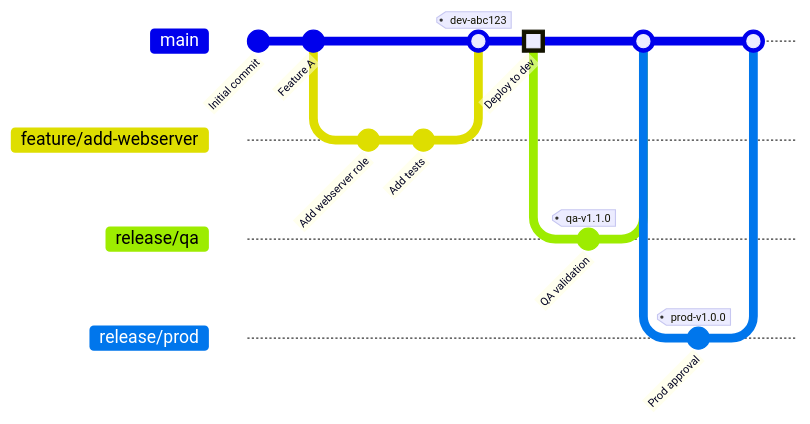
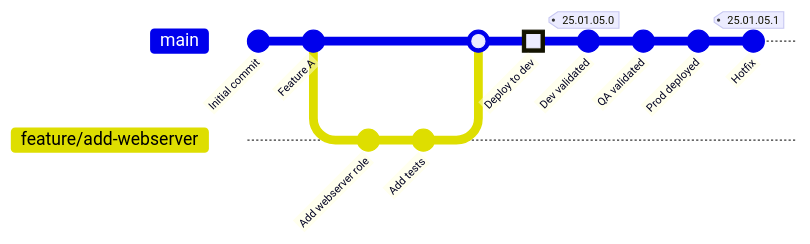
The first of 2 diagrams in docs/BRANCHING-STRATEGY.md (djdanielsson/rh1-docs), drawn with Mermaid before and after one commit. The commit also changed other lines of this file and 15 other files, not shown here.

````diff
--- a/docs/BRANCHING-STRATEGY.md
+++ b/docs/BRANCHING-STRATEGY.md
@@ -22,22 +22,16 @@
 ```mermaid
 gitGraph
     commit id: "Initial commit"
     commit id: "Feature A"
     branch feature/add-webserver
     checkout feature/add-webserver
     commit id: "Add webserver role"
     commit id: "Add tests"
     checkout main
-    merge feature/add-webserver tag: "dev-abc123"
+    merge feature/add-webserver
     commit id: "Deploy to dev" type: HIGHLIGHT
-    branch release/qa
-    checkout release/qa
-    commit id: "QA validation" tag: "qa-v1.1.0"
-    checkout main
-    merge release/qa
-    branch release/prod
-    checkout release/prod
-    commit id: "Prod approval" tag: "prod-v1.0.0"
-    checkout main
-    merge release/prod
+    commit id: "Dev validated" tag: "25.01.05.0"
+    commit id: "QA validated"
+    commit id: "Prod deployed"
+    commit id: "Hotfix" tag: "25.01.05.1"
 ```
````
